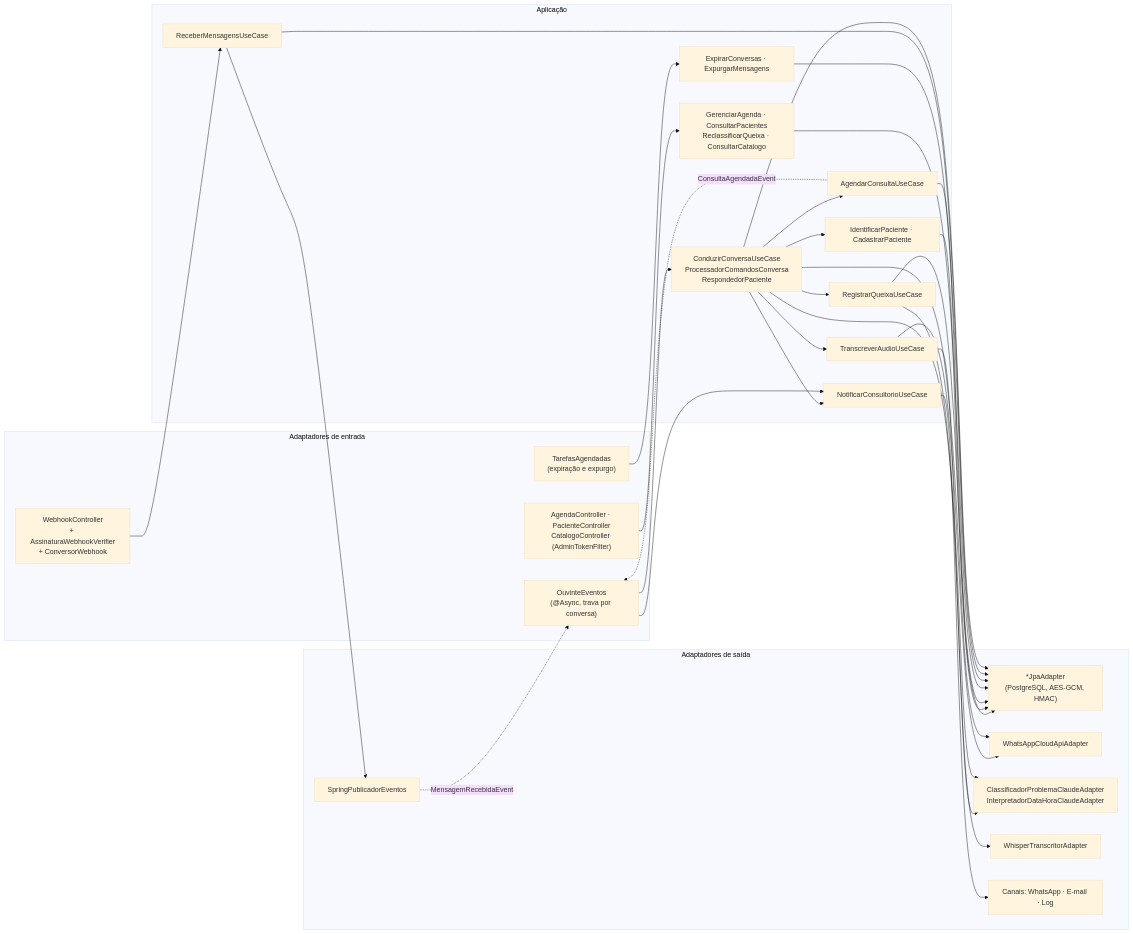
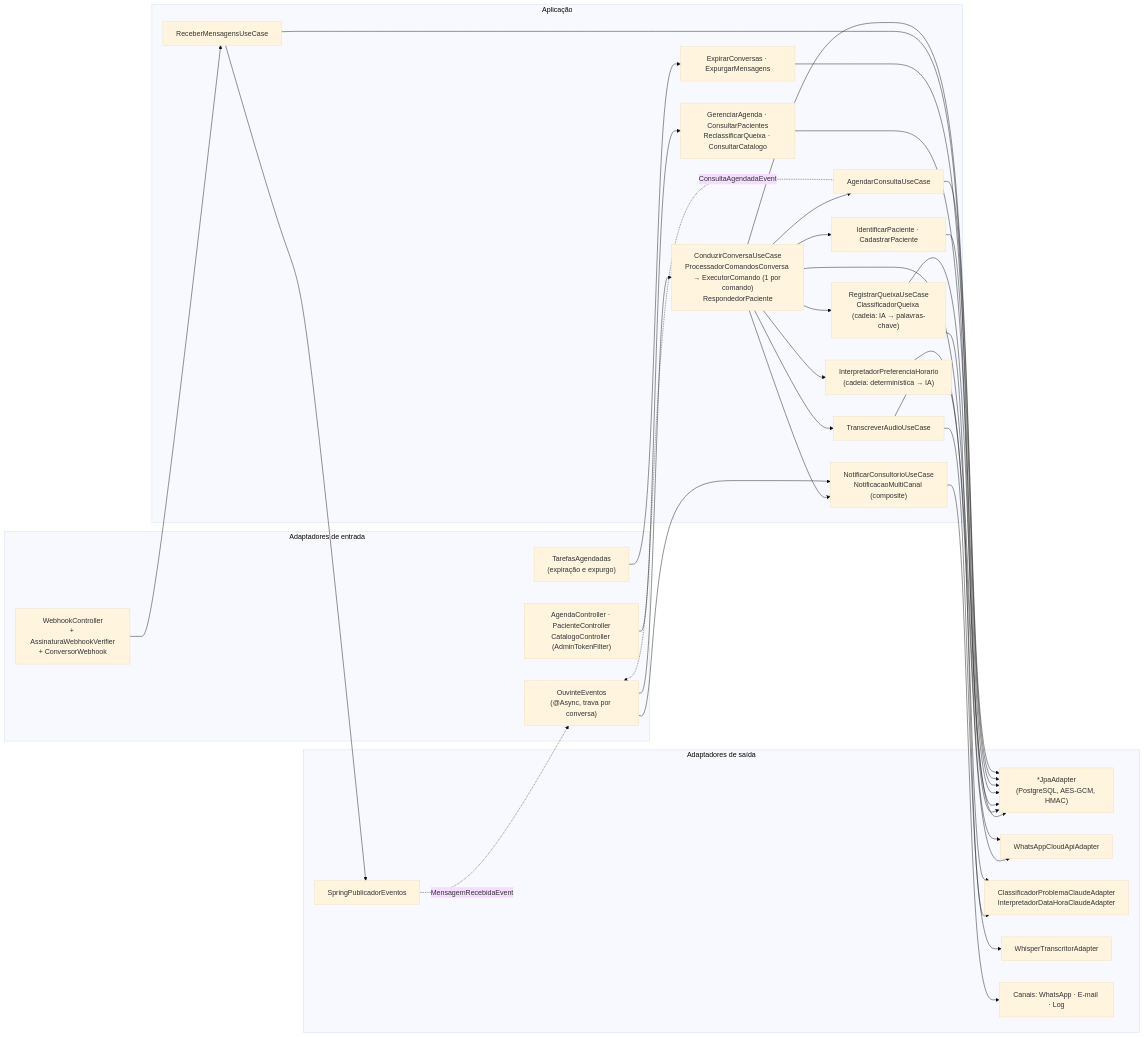
Before and after one commit to rafaelzucon/agent-whatsapp-odonto: the diagram in docs/diagramas/fonte/03-componentes.mmd, drawn with Mermaid (base theme). The commit also changed 60 other files, not shown here.

```diff
--- a/docs/diagramas/fonte/03-componentes.mmd
+++ b/docs/diagramas/fonte/03-componentes.mmd
@@ -1,42 +1,43 @@
 flowchart LR
     subgraph entrada["Adaptadores de entrada"]
         wh["WebhookController<br/>+ AssinaturaWebhookVerifier<br/>+ ConversorWebhook"]
         ouv["OuvinteEventos<br/>(@Async, trava por conversa)"]
         tar["TarefasAgendadas<br/>(expiração e expurgo)"]
         api["AgendaController · PacienteController<br/>CatalogoController (AdminTokenFilter)"]
     end
 
     subgraph app["Aplicação"]
         rec["ReceberMensagensUseCase"]
-        cond["ConduzirConversaUseCase<br/>ProcessadorComandosConversa<br/>RespondedorPaciente"]
+        cond["ConduzirConversaUseCase<br/>ProcessadorComandosConversa → ExecutorComando (1 por comando)<br/>RespondedorPaciente"]
+        interp["InterpretadorPreferenciaHorario<br/>(cadeia: determinística → IA)"]
         ident["IdentificarPaciente · CadastrarPaciente"]
-        queixa["RegistrarQueixaUseCase"]
+        queixa["RegistrarQueixaUseCase<br/>ClassificadorQueixa (cadeia: IA → palavras-chave)"]
         agendar["AgendarConsultaUseCase"]
-        notif["NotificarConsultorioUseCase"]
+        notif["NotificarConsultorioUseCase<br/>NotificacaoMultiCanal (composite)"]
         transc["TranscreverAudioUseCase"]
         adm["GerenciarAgenda · ConsultarPacientes<br/>ReclassificarQueixa · ConsultarCatalogo"]
         manut["ExpirarConversas · ExpurgarMensagens"]
     end
 
     subgraph saida["Adaptadores de saída"]
         jpa["*JpaAdapter<br/>(PostgreSQL, AES-GCM, HMAC)"]
         wa["WhatsAppCloudApiAdapter"]
         ia["ClassificadorProblemaClaudeAdapter<br/>InterpretadorDataHoraClaudeAdapter"]
         wsp["WhisperTranscritorAdapter"]
         canais["Canais: WhatsApp · E-mail · Log"]
         pub["SpringPublicadorEventos"]
     end
 
     wh --> rec --> pub -.MensagemRecebidaEvento.-> ouv
     ouv --> cond
     cond --> ident & queixa & agendar & transc & notif
     agendar -.ConsultaAgendadaEvento.-> ouv
     ouv --> notif
     tar --> manut
     api --> adm
     queixa --> ia
-    cond --> ia
+    cond --> interp --> ia
     transc --> wa & wsp
     cond --> wa
     notif --> canais
     ident & queixa & agendar & adm & manut & rec & cond --> jpa
```
